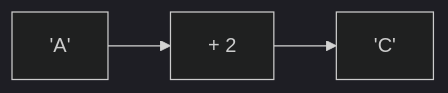
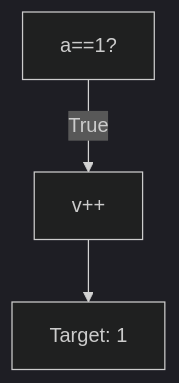
One commit to amnahwaida/OSNK_INF_PREP changed diagram 15 of 25 in part-c-pemahaman-cpp/02-percabangan/latihan/set-02.md. Above: the diagram before and after it, drawn with Mermaid (dark theme). The commit also changed other lines of this file and 71 other files, not shown here.

Commit message:
Fixed Mermaid syntax lexical errors with quoted labels in 1,800 questions

````diff
--- a/part-c-pemahaman-cpp/02-percabangan/latihan/set-02.md
+++ b/part-c-pemahaman-cpp/02-percabangan/latihan/set-02.md
@@ -449,5 +457,5 @@
 ```mermaid
-graph LR
-A['A'] --> B[+ 2]
-B --> C['C']
+graph TD
+A["a==1?"] -- "True" --> B["v++"]
+B --> C["Target: 1"]
 ```
````
